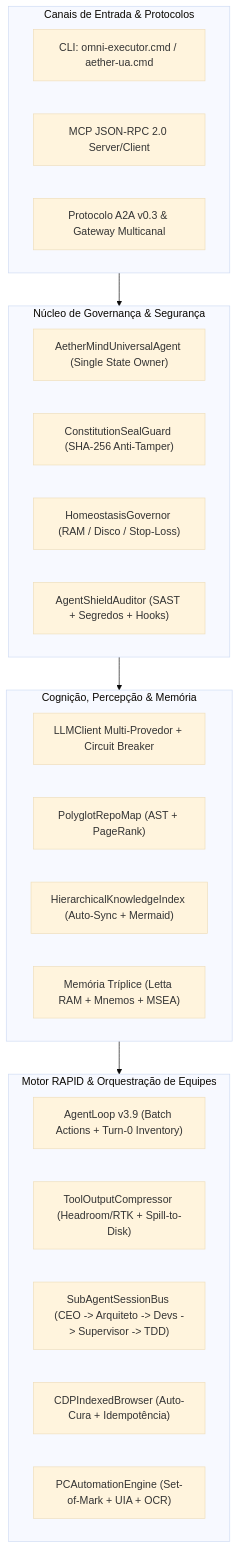
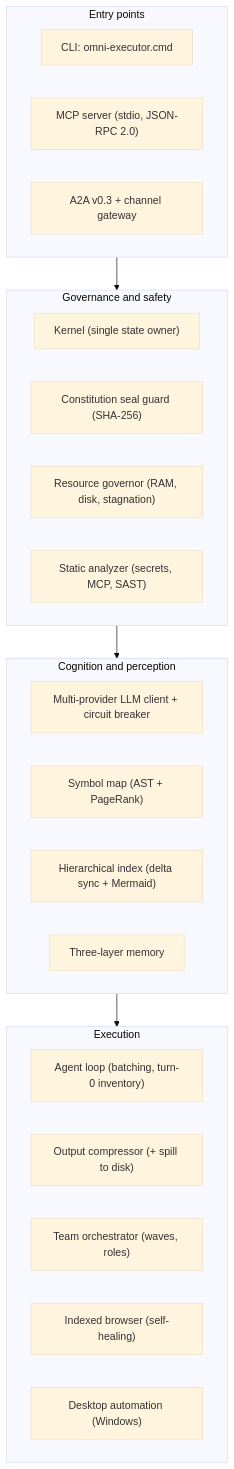
Before and after one commit to juan3861/omni-executor: the diagram in README.md, drawn with Mermaid (base theme). The commit also changed other lines of this file and 19 other files, not shown here.

Commit message:
docs: English README and math manual (OmniExecutor Agent), verified formulas, public name across MCP/A2A/CLI, honest limitations

````diff
--- a/README.md
+++ b/README.md
@@ -45,34 +41,32 @@
 ```mermaid
 flowchart TB
-    subgraph Entrada["Canais de Entrada & Protocolos"]
-        CLI["CLI: omni-executor.cmd / aether-ua.cmd"]
-        MCP["MCP JSON-RPC 2.0 Server/Client"]
-        A2A["Protocolo A2A v0.3 & Gateway Multicanal"]
+    subgraph Entry["Entry points"]
+        CLI["CLI: omni-executor.cmd"]
+        MCP["MCP server (stdio, JSON-RPC 2.0)"]
+        A2A["A2A v0.3 + channel gateway"]
     end
 
-    subgraph Governanca["Núcleo de Governança & Segurança"]
-        KERNEL["AetherMindUniversalAgent (Single State Owner)"]
-        SEAL["ConstitutionSealGuard (SHA-256 Anti-Tamper)"]
-        HOMEO["HomeostasisGovernor (RAM / Disco / Stop-Loss)"]
-        SHIELD["AgentShieldAuditor (SAST + Segredos + Hooks)"]
+    subgraph Governance["Governance and safety"]
+        KERNEL["Kernel (single state owner)"]
+        SEAL["Constitution seal guard (SHA-256)"]
+        HOMEO["Resource governor (RAM, disk, stagnation)"]
+        SHIELD["Static analyzer (secrets, MCP, SAST)"]
     end
 
-    subgraph Cognicao["Cognição, Percepção & Memória"]
-        ROUTER["LLMClient Multi-Provedor + Circuit Breaker"]
-        REPOMAP["PolyglotRepoMap (AST + PageRank)"]
-        KG["HierarchicalKnowledgeIndex (Auto-Sync + Mermaid)"]
-        TRIAD["Memória Tríplice (Letta RAM + Mnemos + MSEA)"]
+    subgraph Cognition["Cognition and perception"]
+        LLM["Multi-provider LLM client + circuit breaker"]
+        MAP["Symbol map (AST + PageRank)"]
+        KG["Hierarchical index (delta sync + Mermaid)"]
+        MEM["Three-layer memory"]
     end
 
-    subgraph Execucao["Motor RAPID & Orquestração de Equipes"]
-        LOOP["AgentLoop v3.9 (Batch Actions + Turn-0 Inventory)"]
-        COMP["ToolOutputCompressor (Headroom/RTK + Spill-to-Disk)"]
-        SQUAD["SubAgentSessionBus (CEO -> Arquiteto -> Devs -> Supervisor -> TDD)"]
-        BROWSER["CDPIndexedBrowser (Auto-Cura + Idempotência)"]
-        DESKTOP["PCAutomationEngine (Set-of-Mark + UIA + OCR)"]
+    subgraph Execution["Execution"]
+        LOOP["Agent loop (batching, turn-0 inventory)"]
+        COMP["Output compressor (+ spill to disk)"]
+        TEAM["Team orchestrator (waves, roles)"]
+        BROWSER["Indexed browser (self-healing)"]
+        DESKTOP["Desktop automation (Windows)"]
     end
 
-    Entrada --> Governanca
-    Governanca --> Cognicao
-    Cognicao --> Execucao
+    Entry --> Governance --> Cognition --> Execution
 ```
````
